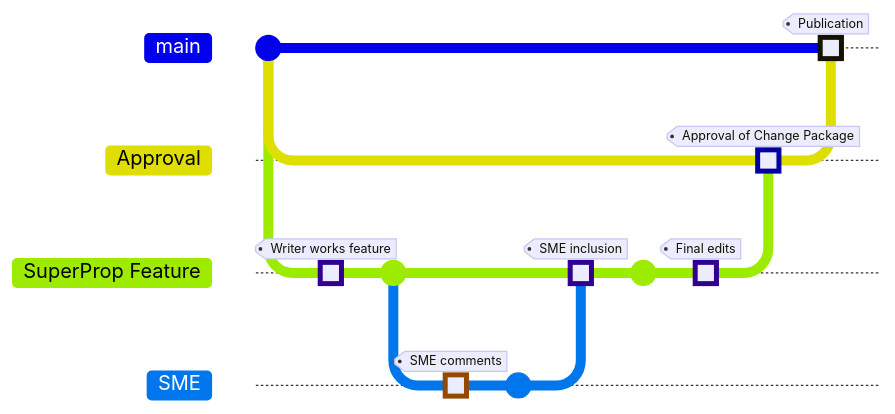
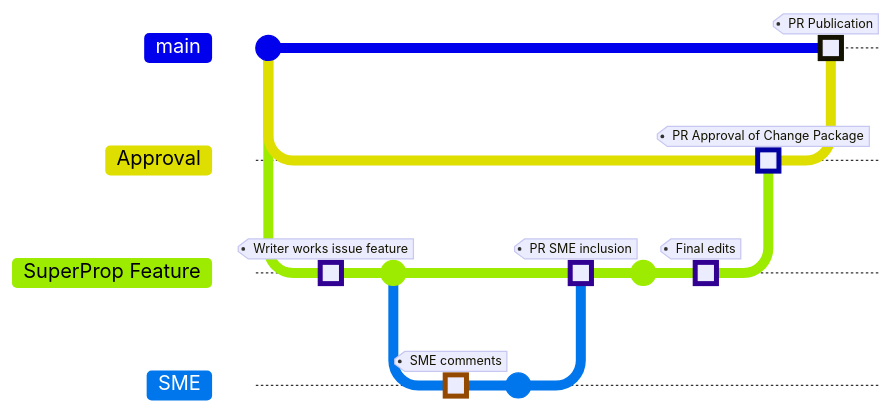
One commit to lopsotronic/Ascii1000D changed the third of 3 diagrams in _presentations/Ascii1000D.adoc. Above: the diagram before and after it, drawn with Mermaid. The commit also changed 1 other file, not shown here. Commit ids are hidden.

Commit message:
ECN000000 and gitflow mod

```diff
--- a/_presentations/Ascii1000D.adoc
+++ b/_presentations/Ascii1000D.adoc
@@ -306,24 +306,24 @@
 [mermaid]
 ----
 gitGraph
    commit
    branch Approval
    checkout Approval
    checkout main
    branch "SuperProp Feature" 
    checkout "SuperProp Feature"
-   commit type: HIGHLIGHT tag: "Writer works feature"
+   commit type: HIGHLIGHT tag: "Writer works issue feature"
    commit
    branch SME
    checkout SME
    commit type: HIGHLIGHT tag: "SME comments"
    commit 
    checkout "SuperProp Feature"
-   merge SME type: HIGHLIGHT tag: "SME inclusion"
+   merge SME type: HIGHLIGHT tag: "PR SME inclusion"
    commit
    commit type: HIGHLIGHT tag: "Final edits"
    checkout Approval
-   merge "SuperProp Feature" type: HIGHLIGHT tag: "Approval of Change Package"
+   merge "SuperProp Feature" type: HIGHLIGHT tag: "PR Approval of Change Package"
    checkout main
-   merge Approval type: HIGHLIGHT tag: "Publication"
+   merge Approval type: HIGHLIGHT tag: "PR Publication"
 ----
```
